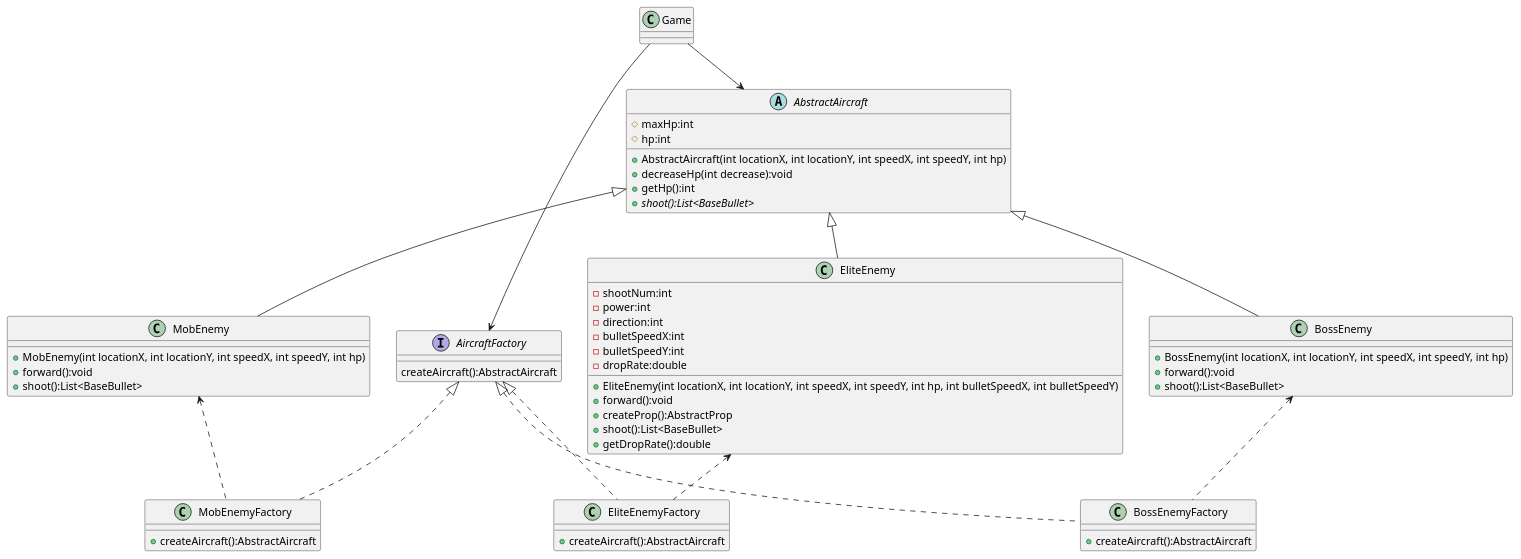
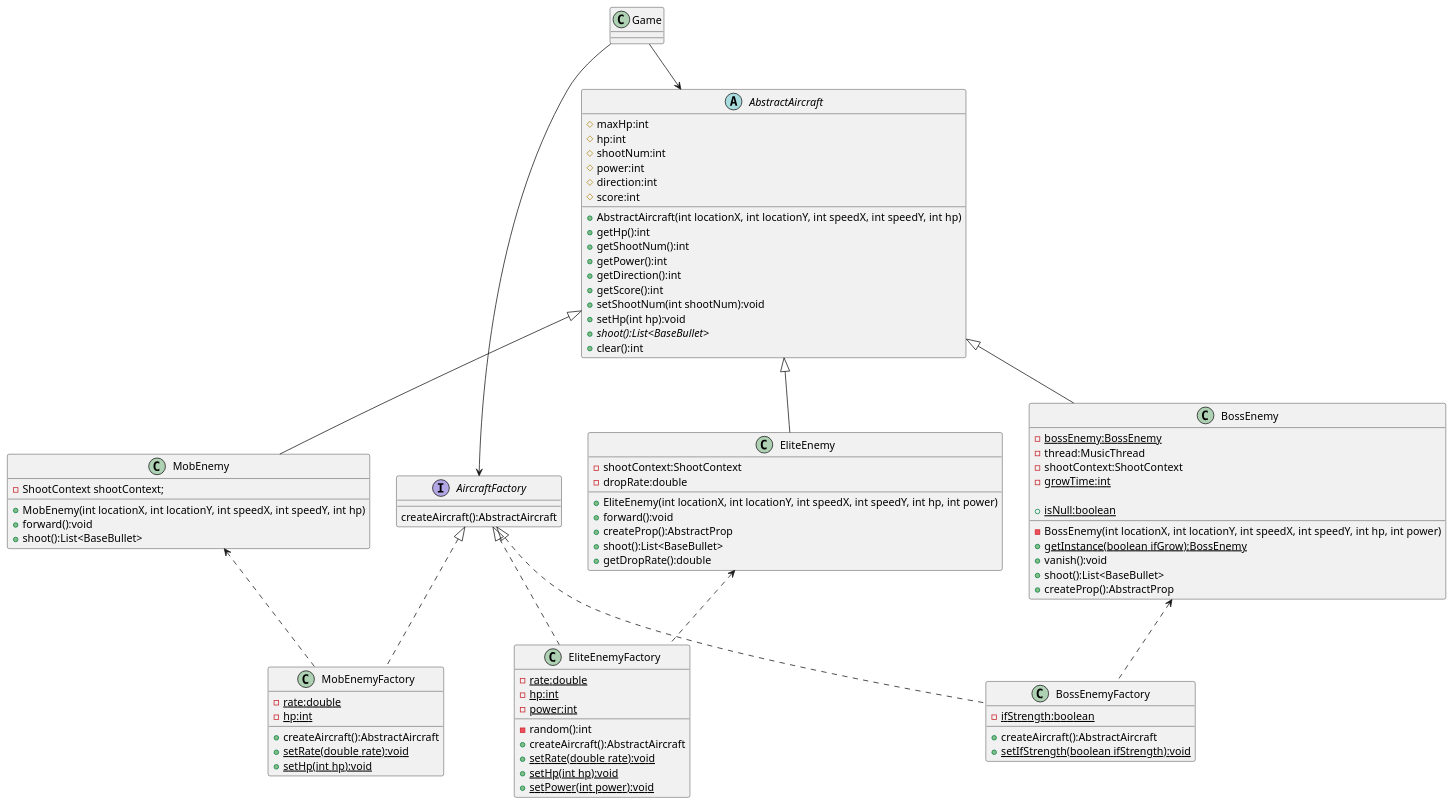
Before and after one commit to ChrisGuiHK/AircraftWar-base: the diagram in uml/AircraftFactory.puml, drawn with PlantUML. The commit also changed 52 other files, not shown here.

Commit message:
work6-uml

```diff
--- a/uml/AircraftFactory.puml
+++ b/uml/AircraftFactory.puml
@@ -1,74 +1,107 @@
 @startuml
 'https://plantuml.com/class-diagram
 
 class Game{}
 
 Game --> AircraftFactory
 Game --> AbstractAircraft
 
-abstract class AbstractAircraft
-{
-	# maxHp:int
+abstract AbstractAircraft{
+    # maxHp:int
     # hp:int
+    # shootNum:int
+    # power:int
+    # direction:int
+    # score:int
+
     + AbstractAircraft(int locationX, int locationY, int speedX, int speedY, int hp)
-    + decreaseHp(int decrease):void
     + getHp():int
+    + getShootNum():int
+    + getPower():int
+    + getDirection():int
+    + getScore():int
+    + setShootNum(int shootNum):void
+    + setHp(int hp):void
     + {abstract} shoot():List<BaseBullet>
- }
+    + clear():int
+}
 
 interface AircraftFactory
 {
     createAircraft():AbstractAircraft
 }
 
 AbstractAircraft <|-- MobEnemy
 AbstractAircraft <|-- EliteEnemy
 AbstractAircraft <|-- BossEnemy
 
 AircraftFactory <|.. MobEnemyFactory
 AircraftFactory <|.. EliteEnemyFactory
 AircraftFactory <|.. BossEnemyFactory
 
 MobEnemy <.. MobEnemyFactory
 EliteEnemy <.. EliteEnemyFactory
 BossEnemy <.. BossEnemyFactory
 
-class MobEnemy {
+class MobEnemy{
+    - ShootContext shootContext;
+
     + MobEnemy(int locationX, int locationY, int speedX, int speedY, int hp)
     + forward():void
     + shoot():List<BaseBullet>
 }
 
-class EliteEnemy {
-    - shootNum:int
-    - power:int
-    - direction:int
-    - bulletSpeedX:int
-    - bulletSpeedY:int
+class EliteEnemy{
+    - shootContext:ShootContext
     - dropRate:double
-    + EliteEnemy(int locationX, int locationY, int speedX, int speedY, int hp, int bulletSpeedX, int bulletSpeedY)
+
+    + EliteEnemy(int locationX, int locationY, int speedX, int speedY, int hp, int power)
     + forward():void
     + createProp():AbstractProp
     + shoot():List<BaseBullet>
     + getDropRate():double
 }
 
-class BossEnemy {
-    + BossEnemy(int locationX, int locationY, int speedX, int speedY, int hp)
-    + forward():void
+class BossEnemy{
+    - {static} bossEnemy:BossEnemy
+    - thread:MusicThread
+    - shootContext:ShootContext
+    - {static} growTime:int
+
+    - BossEnemy(int locationX, int locationY, int speedX, int speedY, int hp, int power)
+    + {static} getInstance(boolean ifGrow):BossEnemy
+    + {static} isNull:boolean
+    + vanish():void
     + shoot():List<BaseBullet>
+    + createProp():AbstractProp
 }
 
 class MobEnemyFactory {
+    - {static} rate:double
+    - {static} hp:int
+
     + createAircraft():AbstractAircraft
+    + {static} setRate(double rate):void
+    + {static} setHp(int hp):void
 }
 
 class EliteEnemyFactory {
+    - {static} rate:double
+    - {static} hp:int
+    - {static} power:int
+
+    - random():int
     + createAircraft():AbstractAircraft
+    + {static} setRate(double rate):void
+    + {static} setHp(int hp):void
+    + {static} setPower(int power):void
 }
 
-class BossEnemyFactory {
+class BossEnemyFactory{
+    - {static} ifStrength:boolean
+
     + createAircraft():AbstractAircraft
+    + {static} setIfStrength(boolean ifStrength):void
 }
 
 @enduml
```
